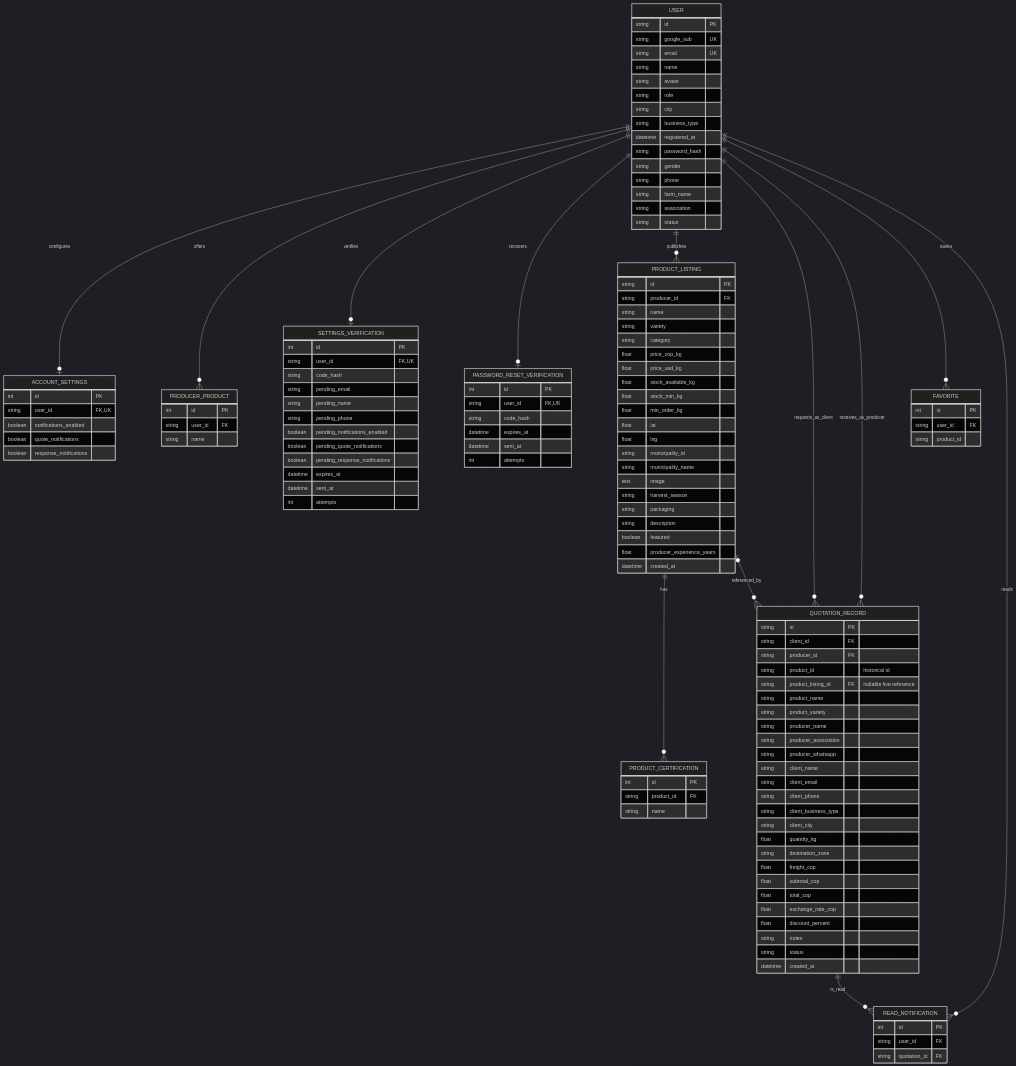
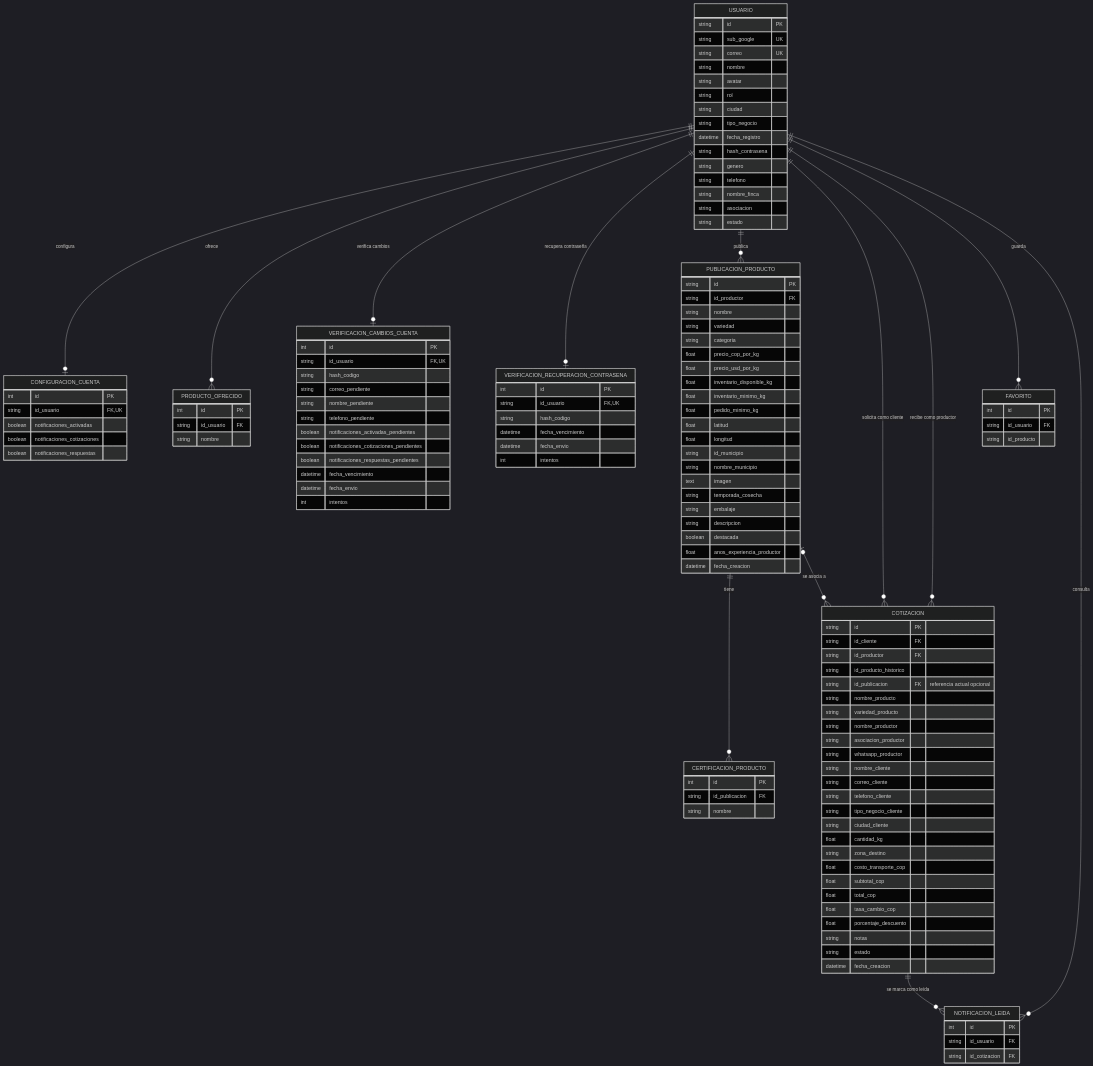
Before and after one commit to montalvow631/agrocordoba: the diagram in backend/database/ERD.mmd, drawn with Mermaid (dark theme). The commit also changed 8 other files, not shown here.

```diff
--- a/backend/database/ERD.mmd
+++ b/backend/database/ERD.mmd
@@ -1,130 +1,131 @@
+%% Entidades y campos traducidos; sus tablas físicas se documentan en ERD.svg y schema.sql.
 erDiagram
-    USER {
+    USUARIO {
         string id PK
-        string google_sub UK
-        string email UK
-        string name
+        string sub_google UK
+        string correo UK
+        string nombre
         string avatar
-        string role
-        string city
-        string business_type
-        datetime registered_at
-        string password_hash
-        string gender
-        string phone
-        string farm_name
-        string association
-        string status
+        string rol
+        string ciudad
+        string tipo_negocio
+        datetime fecha_registro
+        string hash_contrasena
+        string genero
+        string telefono
+        string nombre_finca
+        string asociacion
+        string estado
     }
-    ACCOUNT_SETTINGS {
+    CONFIGURACION_CUENTA {
         int id PK
-        string user_id FK,UK
-        boolean notifications_enabled
-        boolean quote_notifications
-        boolean response_notifications
+        string id_usuario FK,UK
+        boolean notificaciones_activadas
+        boolean notificaciones_cotizaciones
+        boolean notificaciones_respuestas
     }
-    PRODUCER_PRODUCT {
+    PRODUCTO_OFRECIDO {
         int id PK
-        string user_id FK
-        string name
+        string id_usuario FK
+        string nombre
     }
-    SETTINGS_VERIFICATION {
+    VERIFICACION_CAMBIOS_CUENTA {
         int id PK
-        string user_id FK,UK
-        string code_hash
-        string pending_email
-        string pending_name
-        string pending_phone
-        boolean pending_notifications_enabled
-        boolean pending_quote_notifications
-        boolean pending_response_notifications
-        datetime expires_at
-        datetime sent_at
-        int attempts
+        string id_usuario FK,UK
+        string hash_codigo
+        string correo_pendiente
+        string nombre_pendiente
+        string telefono_pendiente
+        boolean notificaciones_activadas_pendientes
+        boolean notificaciones_cotizaciones_pendientes
+        boolean notificaciones_respuestas_pendientes
+        datetime fecha_vencimiento
+        datetime fecha_envio
+        int intentos
     }
-    PASSWORD_RESET_VERIFICATION {
+    VERIFICACION_RECUPERACION_CONTRASENA {
         int id PK
-        string user_id FK,UK
-        string code_hash
-        datetime expires_at
-        datetime sent_at
-        int attempts
+        string id_usuario FK,UK
+        string hash_codigo
+        datetime fecha_vencimiento
+        datetime fecha_envio
+        int intentos
     }
-    PRODUCT_LISTING {
+    PUBLICACION_PRODUCTO {
         string id PK
-        string producer_id FK
-        string name
-        string variety
-        string category
-        float price_cop_kg
-        float price_usd_kg
-        float stock_available_kg
-        float stock_min_kg
-        float min_order_kg
-        float lat
-        float lng
-        string municipality_id
-        string municipality_name
-        text image
-        string harvest_season
-        string packaging
-        string description
-        boolean featured
-        float producer_experience_years
-        datetime created_at
+        string id_productor FK
+        string nombre
+        string variedad
+        string categoria
+        float precio_cop_por_kg
+        float precio_usd_por_kg
+        float inventario_disponible_kg
+        float inventario_minimo_kg
+        float pedido_minimo_kg
+        float latitud
+        float longitud
+        string id_municipio
+        string nombre_municipio
+        text imagen
+        string temporada_cosecha
+        string embalaje
+        string descripcion
+        boolean destacada
+        float anos_experiencia_productor
+        datetime fecha_creacion
     }
-    PRODUCT_CERTIFICATION {
+    CERTIFICACION_PRODUCTO {
         int id PK
-        string product_id FK
-        string name
+        string id_publicacion FK
+        string nombre
     }
-    QUOTATION_RECORD {
+    COTIZACION {
         string id PK
-        string client_id FK
-        string producer_id FK
-        string product_id "historical id"
-        string product_listing_id FK "nullable live reference"
-        string product_name
-        string product_variety
-        string producer_name
-        string producer_association
-        string producer_whatsapp
-        string client_name
-        string client_email
-        string client_phone
-        string client_business_type
-        string client_city
-        float quantity_kg
-        string destination_zone
-        float freight_cop
+        string id_cliente FK
+        string id_productor FK
+        string id_producto_historico
+        string id_publicacion FK "referencia actual opcional"
+        string nombre_producto
+        string variedad_producto
+        string nombre_productor
+        string asociacion_productor
+        string whatsapp_productor
+        string nombre_cliente
+        string correo_cliente
+        string telefono_cliente
+        string tipo_negocio_cliente
+        string ciudad_cliente
+        float cantidad_kg
+        string zona_destino
+        float costo_transporte_cop
         float subtotal_cop
         float total_cop
-        float exchange_rate_cop
-        float discount_percent
-        string notes
-        string status
-        datetime created_at
+        float tasa_cambio_cop
+        float porcentaje_descuento
+        string notas
+        string estado
+        datetime fecha_creacion
     }
-    FAVORITE {
+    FAVORITO {
         int id PK
-        string user_id FK
-        string product_id
+        string id_usuario FK
+        string id_producto
     }
-    READ_NOTIFICATION {
+    NOTIFICACION_LEIDA {
         int id PK
-        string user_id FK
-        string quotation_id FK
+        string id_usuario FK
+        string id_cotizacion FK
     }
 
-    USER ||--o| ACCOUNT_SETTINGS : configures
-    USER ||--o{ PRODUCER_PRODUCT : offers
-    USER ||--o| SETTINGS_VERIFICATION : verifies
-    USER ||--o| PASSWORD_RESET_VERIFICATION : recovers
-    USER ||--o{ PRODUCT_LISTING : publishes
-    PRODUCT_LISTING ||--o{ PRODUCT_CERTIFICATION : has
-    USER ||--o{ QUOTATION_RECORD : requests_as_client
-    USER ||--o{ QUOTATION_RECORD : receives_as_producer
-    PRODUCT_LISTING o|--o{ QUOTATION_RECORD : referenced_by
-    USER ||--o{ FAVORITE : saves
-    USER ||--o{ READ_NOTIFICATION : reads
-    QUOTATION_RECORD ||--o{ READ_NOTIFICATION : is_read
+    USUARIO ||--o| CONFIGURACION_CUENTA : "configura"
+    USUARIO ||--o{ PRODUCTO_OFRECIDO : "ofrece"
+    USUARIO ||--o| VERIFICACION_CAMBIOS_CUENTA : "verifica cambios"
+    USUARIO ||--o| VERIFICACION_RECUPERACION_CONTRASENA : "recupera contraseña"
+    USUARIO ||--o{ PUBLICACION_PRODUCTO : "publica"
+    PUBLICACION_PRODUCTO ||--o{ CERTIFICACION_PRODUCTO : "tiene"
+    USUARIO ||--o{ COTIZACION : "solicita como cliente"
+    USUARIO ||--o{ COTIZACION : "recibe como productor"
+    PUBLICACION_PRODUCTO o|--o{ COTIZACION : "se asocia a"
+    USUARIO ||--o{ FAVORITO : "guarda"
+    USUARIO ||--o{ NOTIFICACION_LEIDA : "consulta"
+    COTIZACION ||--o{ NOTIFICACION_LEIDA : "se marca como leída"
```
